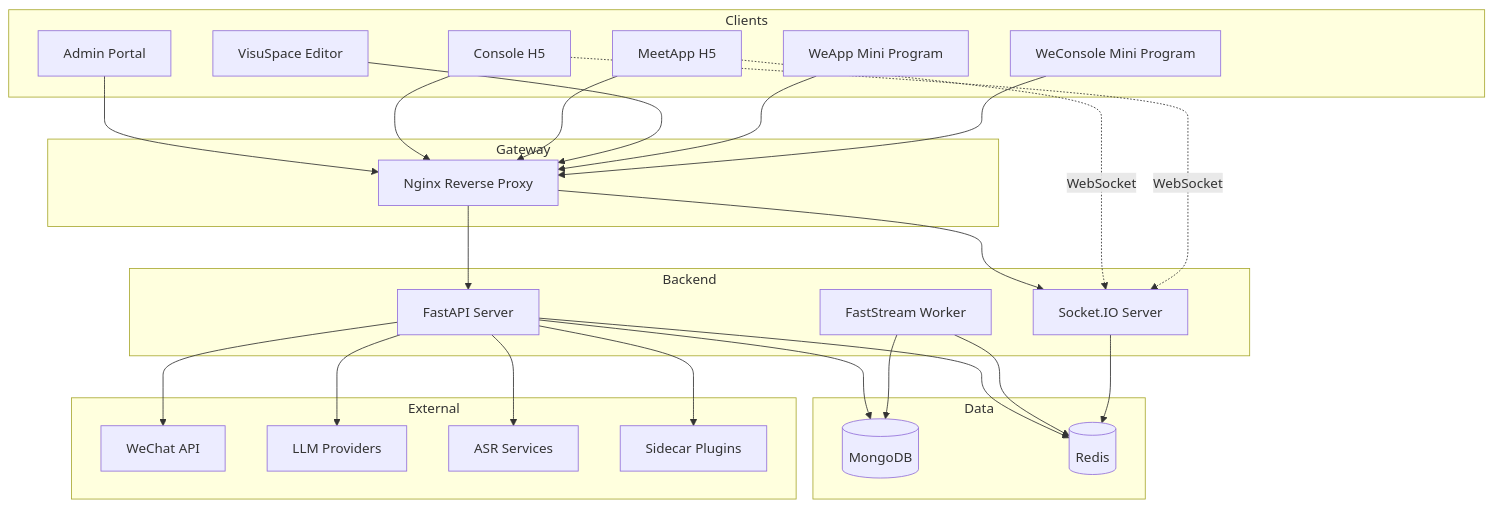
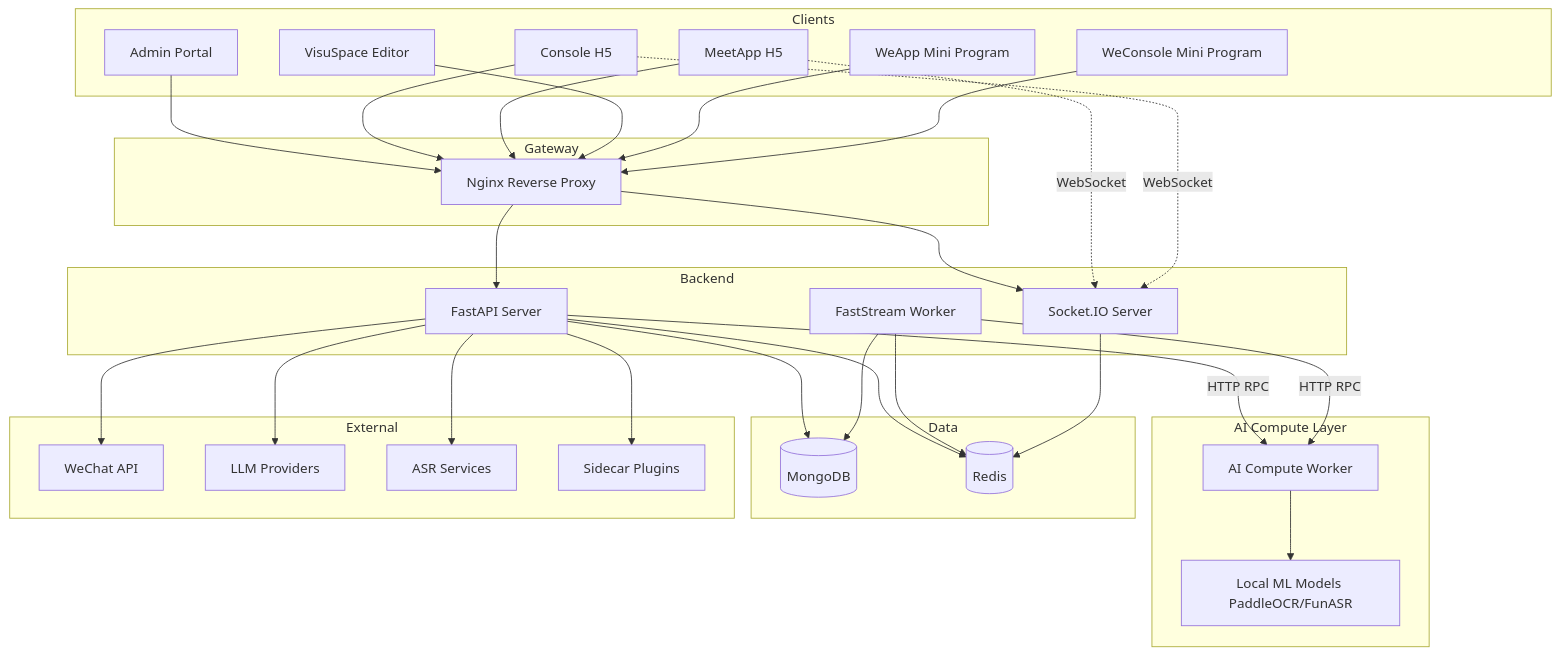
Before and after one commit to xinghui-tech/meeteasy-wiki: the diagram in src/en/developer/architecture.md, drawn with Mermaid. The commit also changed other lines of this file and 73 other files, not shown here.

````diff
--- a/src/en/developer/architecture.md
+++ b/src/en/developer/architecture.md
@@ -7,57 +7,67 @@
 ```mermaid
 graph TB
     subgraph Clients
         Admin[Admin Portal]
         Console[Console H5]
         MeetApp[MeetApp H5]
         VS[VisuSpace Editor]
         WeApp[WeApp Mini Program]
         WeConsole[WeConsole Mini Program]
     end
 
     subgraph Gateway
         Nginx[Nginx Reverse Proxy]
     end
 
     subgraph Backend
         API[FastAPI Server]
         Worker[FastStream Worker]
         Socket[Socket.IO Server]
+    end
+
+    subgraph AI_Compute [AI Compute Layer]
+        AIWorker[AI Compute Worker]
+        MLModels[Local ML Models PaddleOCR/FunASR]
     end
 
     subgraph Data
         MongoDB[(MongoDB)]
         Redis[(Redis)]
     end
 
     subgraph External
         WeChat[WeChat API]
         LLM[LLM Providers]
         ASR[ASR Services]
         Sidecar[Sidecar Plugins]
     end
 
     Admin --> Nginx
     Console --> Nginx
     MeetApp --> Nginx
     VS --> Nginx
     WeApp --> Nginx
     WeConsole --> Nginx
 
     Nginx --> API
     Nginx --> Socket
 
     API --> MongoDB
     API --> Redis
     API --> WeChat
     API --> LLM
     API --> ASR
     API --> Sidecar
 
+    %% AI Compute Worker integrations
+    API -->|HTTP RPC| AIWorker
+    Worker -->|HTTP RPC| AIWorker
+    AIWorker --> MLModels
+
     Worker --> Redis
     Worker --> MongoDB
 
     Socket --> Redis
     MeetApp -.->|WebSocket| Socket
     Console -.->|WebSocket| Socket
 ```
````
